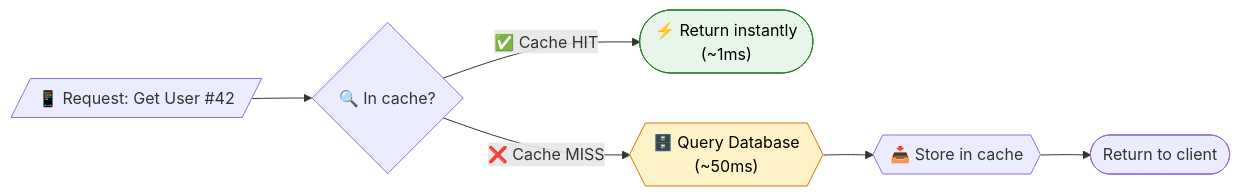
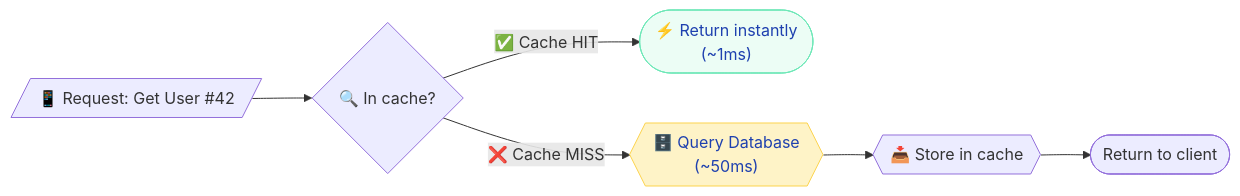
The first of 2 diagrams in docs/springboot/caching.md (saivamsikaruturi/vamsilabs-dev-notes-main), drawn with Mermaid before and after one commit. The commit also changed other lines of this file and 220 other files, not shown here.

First line of the commit message:
Add 50+ new Java/Spring Boot pages, rewrite CSS code blocks to Oracle style, fix all diagram colors

````diff
--- a/docs/springboot/caching.md
+++ b/docs/springboot/caching.md
@@ -10,12 +10,12 @@
 ```mermaid
 flowchart LR
     R[/"📱 Request: Get User #42"/]
     R --> Check{"🔍 In cache?"}
     Check -->|"✅ Cache HIT"| Fast(["⚡ Return instantly<br/>(~1ms)"])
     Check -->|"❌ Cache MISS"| DB{{"🗄️ Query Database<br/>(~50ms)"}}
     DB --> Store{{"📥 Store in cache"}}
     Store --> Return(["Return to client"])
 
-    style Fast fill:#E8F5E9,stroke:#2E7D32,color:#000
-    style DB fill:#FEF3C7,stroke:#D97706,color:#000
+    style Fast fill:#ECFDF5,stroke:#6EE7B7,color:#1E40AF
+    style DB fill:#FEF3C7,stroke:#FCD34D,color:#1E40AF
 ```
````
